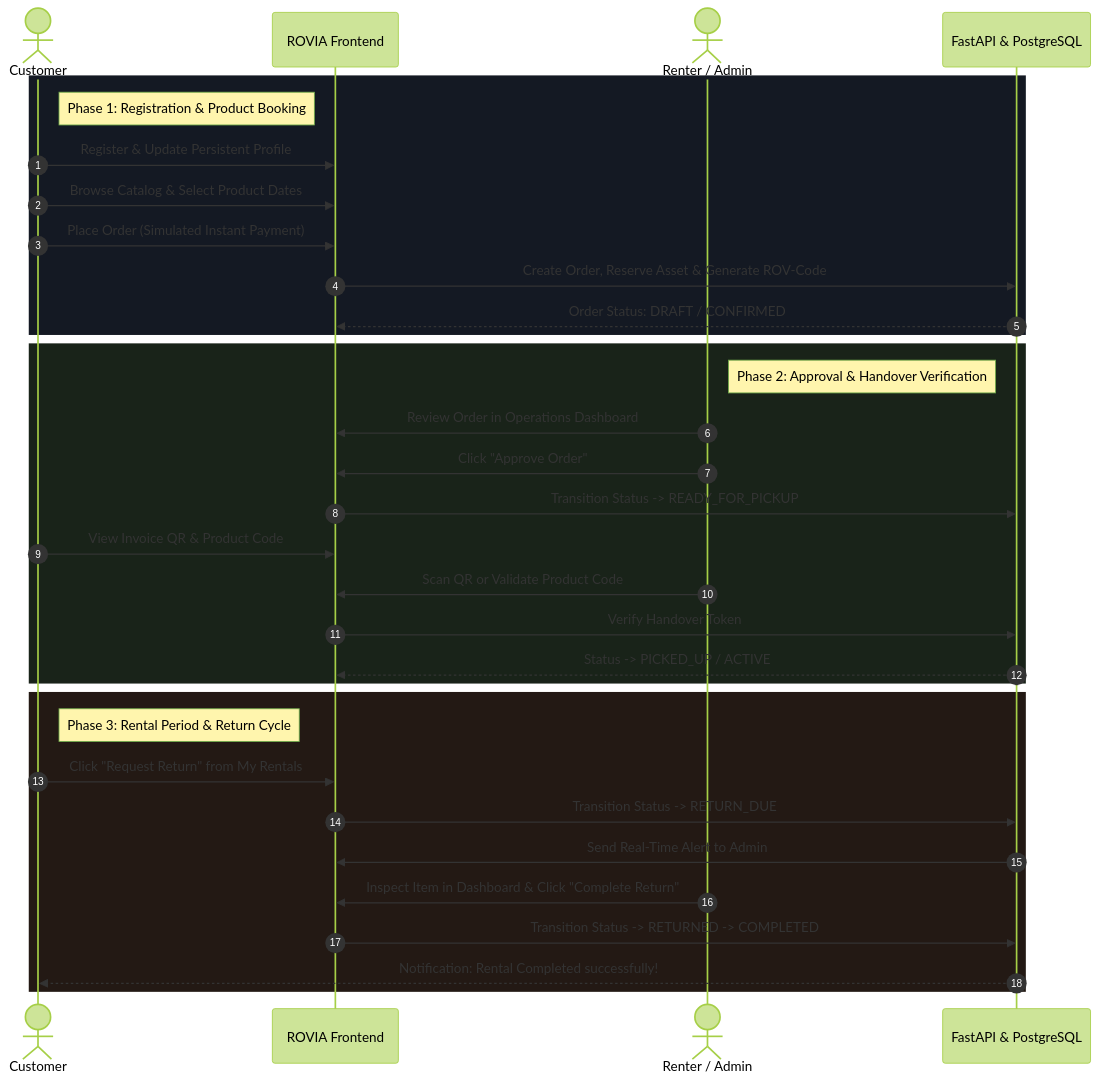
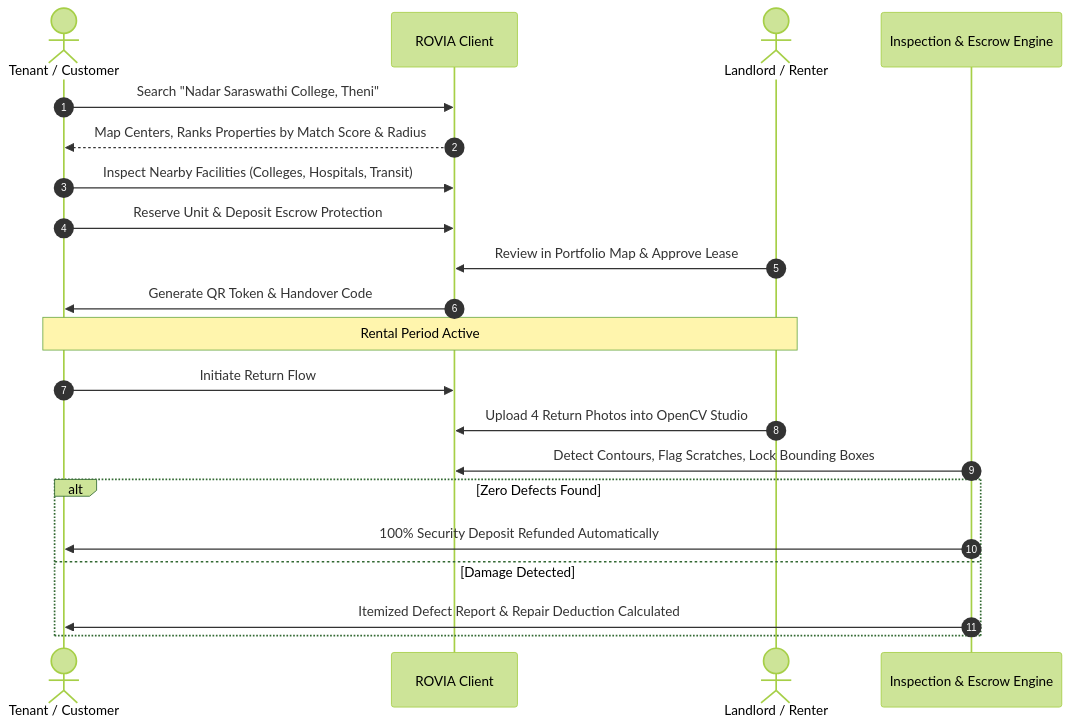
The third of 3 diagrams in README.md (sakthisundar-16/Rovia), drawn with Mermaid (forest theme) before and after one commit. The commit also changed other lines of this file, not shown here.

Commit message:
docs: create comprehensive, interactive and unique README with architecture diagrams, OpenCV inspection workflows, property discovery maps, and mobile UI guide

````diff
--- a/README.md
+++ b/README.md
@@ -57,38 +200,24 @@
 ```mermaid
 sequenceDiagram
     autonumber
-    actor Customer
-    participant Frontend as ROVIA Frontend
-    actor Renter as Renter / Admin
-    participant Backend as FastAPI & PostgreSQL
+    actor Tenant as Tenant / Customer
+    participant ROVIA as ROVIA Client
+    actor Landlord as Landlord / Renter
+    participant Engine as Inspection & Escrow Engine
 
-    rect rgb(20, 25, 35)
-        note right of Customer: Phase 1: Registration & Product Booking
-        Customer->>Frontend: Register & Update Persistent Profile
-        Customer->>Frontend: Browse Catalog & Select Product Dates
-        Customer->>Frontend: Place Order (Simulated Instant Payment)
-        Frontend->>Backend: Create Order, Reserve Asset & Generate ROV-Code
-        Backend-->>Frontend: Order Status: DRAFT / CONFIRMED
-    end
-
-    rect rgb(25, 35, 25)
-        note right of Renter: Phase 2: Approval & Handover Verification
-        Renter->>Frontend: Review Order in Operations Dashboard
-        Renter->>Frontend: Click "Approve Order"
-        Frontend->>Backend: Transition Status -> READY_FOR_PICKUP
-        Customer->>Frontend: View Invoice QR & Product Code
-        Renter->>Frontend: Scan QR or Validate Product Code
-        Frontend->>Backend: Verify Handover Token
-        Backend-->>Frontend: Status -> PICKED_UP / ACTIVE
-    end
-
-    rect rgb(35, 25, 20)
-        note right of Customer: Phase 3: Rental Period & Return Cycle
-        Customer->>Frontend: Click "Request Return" from My Rentals
-        Frontend->>Backend: Transition Status -> RETURN_DUE
-        Backend->>Frontend: Send Real-Time Alert to Admin
-        Renter->>Frontend: Inspect Item in Dashboard & Click "Complete Return"
-        Frontend->>Backend: Transition Status -> RETURNED -> COMPLETED
-        Backend-->>Customer: Notification: Rental Completed successfully!
+    Tenant->>ROVIA: Search "Nadar Saraswathi College, Theni"
+    ROVIA-->>Tenant: Map Centers, Ranks Properties by Match Score & Radius
+    Tenant->>ROVIA: Inspect Nearby Facilities (Colleges, Hospitals, Transit)
+    Tenant->>ROVIA: Reserve Unit & Deposit Escrow Protection
+    Landlord->>ROVIA: Review in Portfolio Map & Approve Lease
+    ROVIA->>Tenant: Generate QR Token & Handover Code
+    Note over Tenant,Landlord: Rental Period Active
+    Tenant->>ROVIA: Initiate Return Flow
+    Landlord->>ROVIA: Upload 4 Return Photos into OpenCV Studio
+    Engine->>ROVIA: Detect Contours, Flag Scratches, Lock Bounding Boxes
+    alt Zero Defects Found
+        Engine->>Tenant: 100% Security Deposit Refunded Automatically
+    else Damage Detected
+        Engine->>Tenant: Itemized Defect Report & Repair Deduction Calculated
     end
 ```
````
